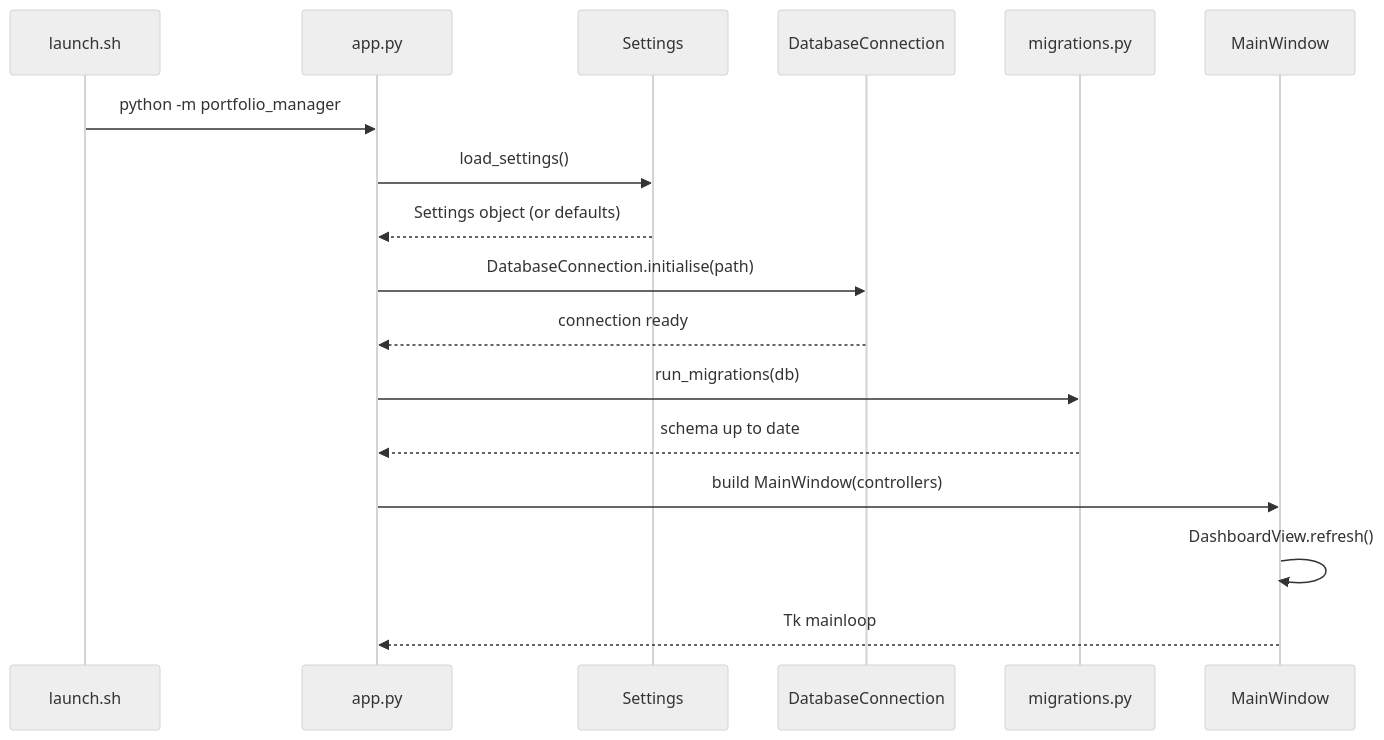
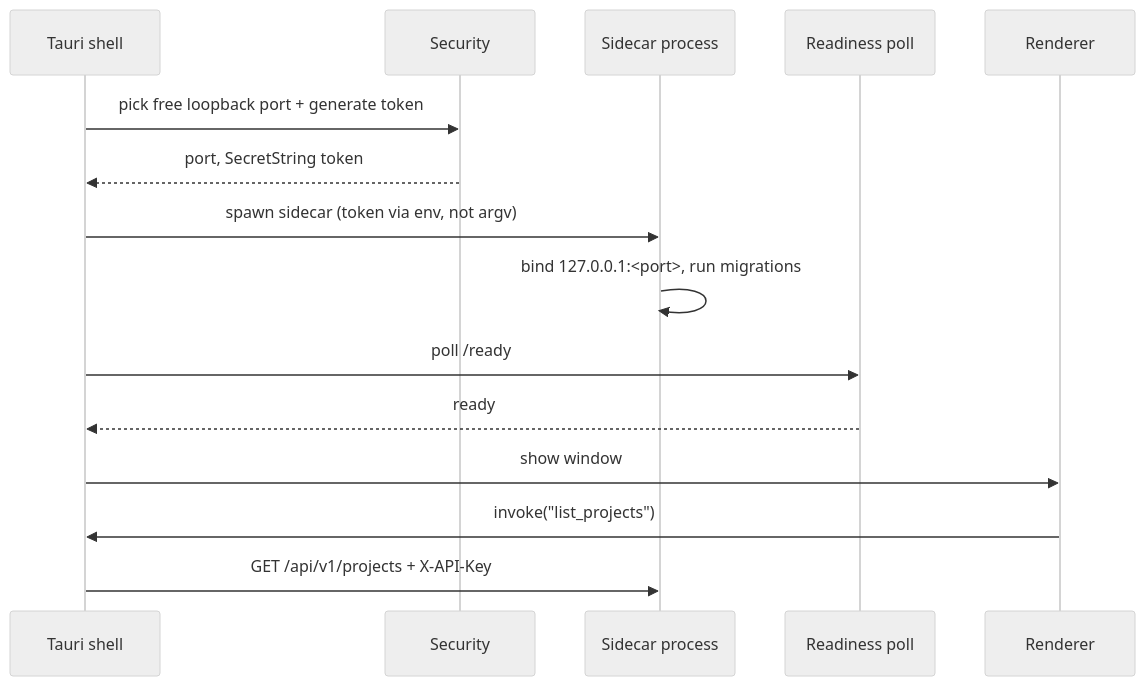
Before and after one commit to mattbriggs/personal-project-portfolio: the second of 5 diagrams in site/src/architecture.md, drawn with Mermaid (neutral theme). The commit also changed other lines of this file and 84 other files, not shown here.

````diff
--- a/site/src/architecture.md
+++ b/site/src/architecture.md
@@ -97,20 +74,18 @@
 ```mermaid
 sequenceDiagram
-    participant L as launch.sh
-    participant A as app.py
-    participant CFG as Settings
-    participant DB as DatabaseConnection
-    participant MIG as migrations.py
-    participant GUI as MainWindow
+    participant T as Tauri shell
+    participant S as Security
+    participant P as Sidecar process
+    participant R as Readiness poll
+    participant U as Renderer
 
-    L->>A: python -m portfolio_manager
-    A->>CFG: load_settings()
-    CFG-->>A: Settings object (or defaults)
-    A->>DB: DatabaseConnection.initialise(path)
-    DB-->>A: connection ready
-    A->>MIG: run_migrations(db)
-    MIG-->>A: schema up to date
-    A->>GUI: build MainWindow(controllers)
-    GUI->>GUI: DashboardView.refresh()
-    GUI-->>A: Tk mainloop
+    T->>S: pick free loopback port + generate token
+    S-->>T: port, SecretString token
+    T->>P: spawn sidecar (token via env, not argv)
+    P->>P: bind 127.0.0.1:<port>, run migrations
+    T->>R: poll /ready
+    R-->>T: ready
+    T->>U: show window
+    U->>T: invoke("list_projects")
+    T->>P: GET /api/v1/projects + X-API-Key
 ```
````
